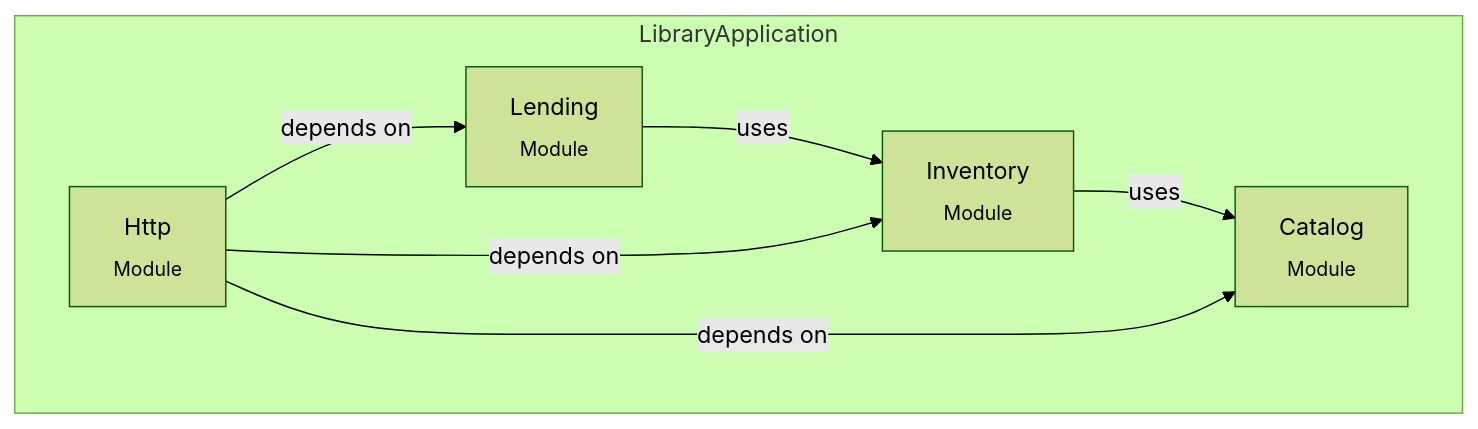
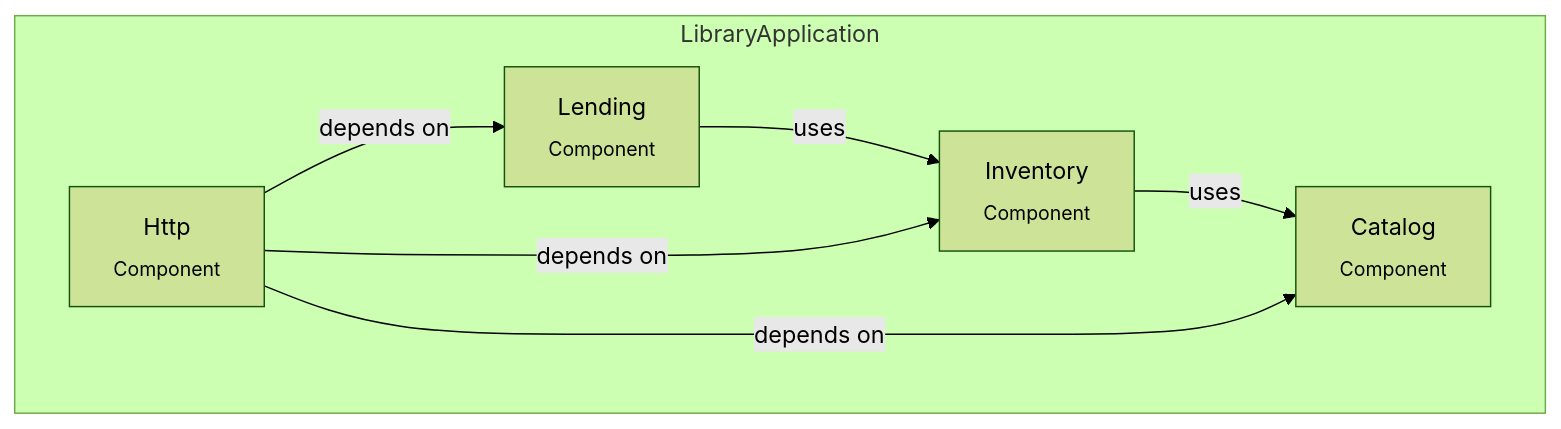
The second of 2 diagrams in README.md (JamesMcMahon/spring-boot-demo-modulith), drawn with Mermaid (forest theme) before and after one commit. The commit also changed other lines of this file, not shown here.

Commit message:
Rename modules to components

````diff
--- a/README.md
+++ b/README.md
@@ -74,16 +74,16 @@
 ```mermaid
 graph TD
   subgraph LibraryApplication
-    catalog[Catalog<br><sub>Module</sub>]
-    inventory[Inventory<br><sub>Module</sub>]
-    lending[Lending<br><sub>Module</sub>]
-    http[Http<br><sub>Module</sub>]
+    catalog[Catalog<br><sub>Component</sub>]
+    inventory[Inventory<br><sub>Component</sub>]
+    lending[Lending<br><sub>Component</sub>]
+    http[Http<br><sub>Component</sub>]
   end
 
 %% Relationships
   inventory -->|uses| catalog
   lending -->|uses| inventory
   http -->|depends on| catalog
   http -->|depends on| inventory
   http -->|depends on| lending
 ```
````
